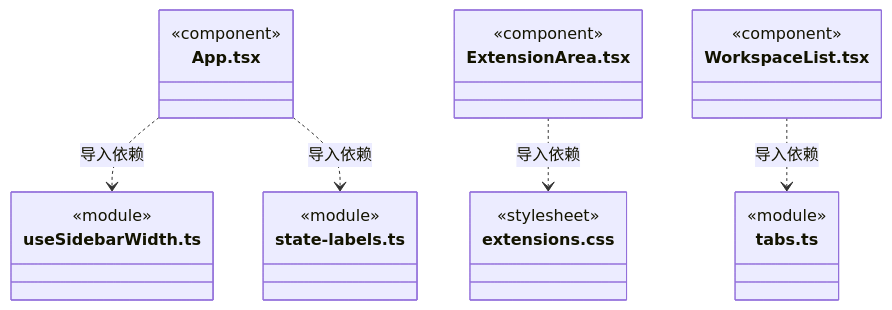
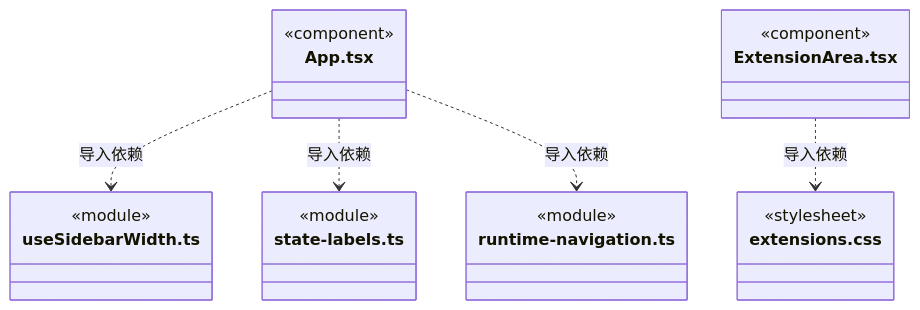
Diagram 17 of 18 in src/frontend/shell/ARCHITECTURE.md (nan023062/cbim), drawn with Mermaid before and after one commit. The commit also changed other lines of this file and 42 other files, not shown here.

````diff
--- a/src/frontend/shell/ARCHITECTURE.md
+++ b/src/frontend/shell/ARCHITECTURE.md
@@ -213,28 +277,25 @@
 ```mermaid
 classDiagram
 class N_src_frontend_shell_App_tsx["App.tsx"] {
   <<component>>
 }
 class N_src_frontend_shell_useSidebarWidth_ts["useSidebarWidth.ts"] {
   <<module>>
 }
 class N_src_frontend_shell_state_labels_ts["state-labels.ts"] {
   <<module>>
 }
+class N_src_frontend_shell_runtime_navigation_ts["runtime-navigation.ts"] {
+  <<module>>
+}
 class N_src_frontend_shell_ExtensionArea_tsx["ExtensionArea.tsx"] {
   <<component>>
 }
 class N_src_frontend_shell_extensions_css["extensions.css"] {
   <<stylesheet>>
 }
-class N_src_frontend_shell_WorkspaceList_tsx["WorkspaceList.tsx"] {
-  <<component>>
-}
-class N_src_frontend_shell_tabs_ts["tabs.ts"] {
-  <<module>>
-}
 N_src_frontend_shell_App_tsx ..> N_src_frontend_shell_useSidebarWidth_ts : 导入依赖
 N_src_frontend_shell_App_tsx ..> N_src_frontend_shell_state_labels_ts : 导入依赖
+N_src_frontend_shell_App_tsx ..> N_src_frontend_shell_runtime_navigation_ts : 导入依赖
 N_src_frontend_shell_ExtensionArea_tsx ..> N_src_frontend_shell_extensions_css : 导入依赖
-N_src_frontend_shell_WorkspaceList_tsx ..> N_src_frontend_shell_tabs_ts : 导入依赖
 ```
````
